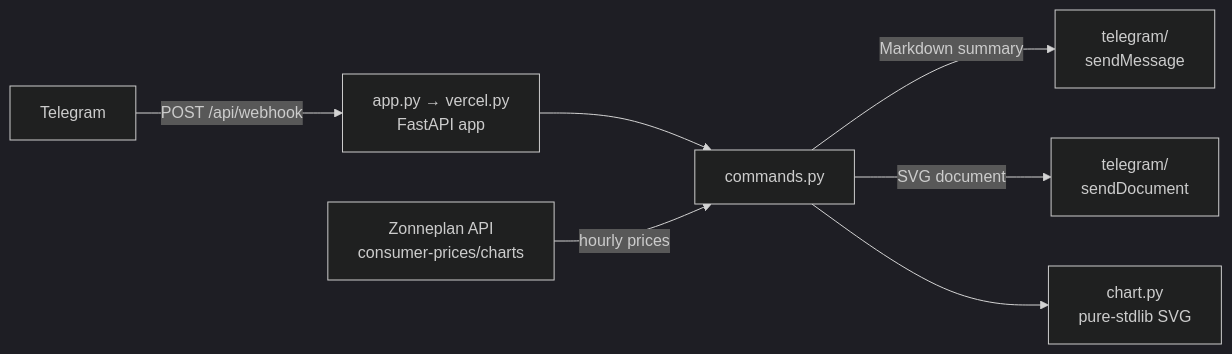
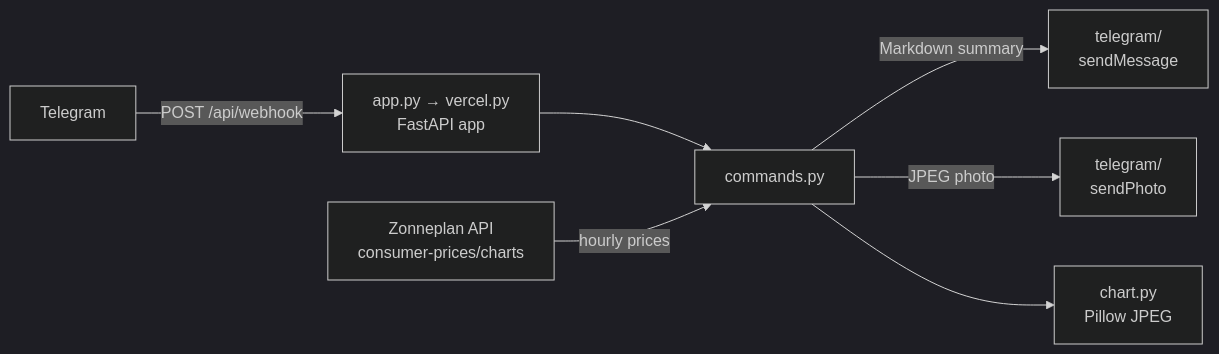
One commit to Crissal1995/zonneplan-telegram changed the diagram in README.md. Above: the diagram before and after it, drawn with Mermaid (dark theme). The commit also changed other lines of this file and 8 other files, not shown here.

Commit message:
feat: chart generation in jpeg (#113)

````diff
--- a/README.md
+++ b/README.md
@@ -42,9 +42,9 @@
 ```mermaid
 flowchart LR
     T["Telegram"] -->|"POST /api/webhook"| V["app.py → vercel.py<br/>FastAPI app"]
     V --> B["commands.py"]
     A["Zonneplan API<br/>consumer-prices/charts"] -->|hourly prices| B
     B -->|Markdown summary| E["telegram/<br/>sendMessage"]
-    B -->|SVG document| F["telegram/<br/>sendDocument"]
-    B --> D["chart.py<br/>pure-stdlib SVG"]
+    B -->|JPEG photo| F["telegram/<br/>sendPhoto"]
+    B --> D["chart.py<br/>Pillow JPEG"]
 ```
````
